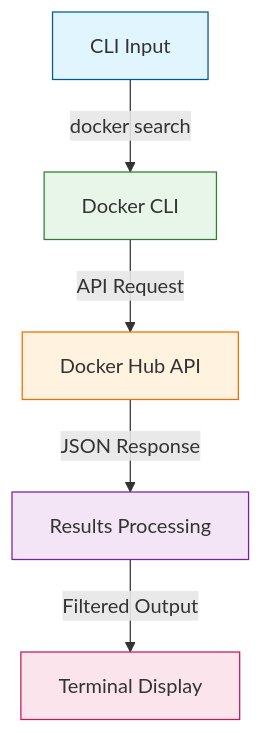
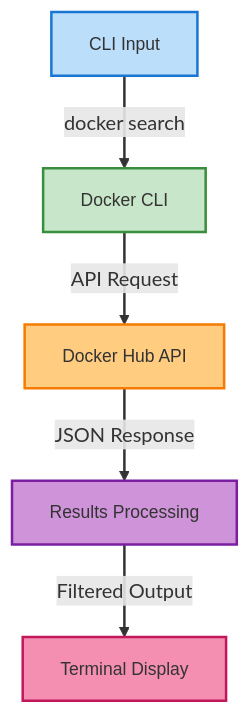
The diagram in README.md (TheToriqul/docker-search-command), drawn with Mermaid before and after one commit.

Commit message:
Architecture updated

````diff
--- a/README.md
+++ b/README.md
@@ -16,13 +16,16 @@
 ```mermaid
 graph TD
     A[CLI Input] -->|docker search| B[Docker CLI]
     B -->|API Request| C[Docker Hub API]
     C -->|JSON Response| D[Results Processing]
     D -->|Filtered Output| E[Terminal Display]
     
-    style A fill:#e1f5fe,stroke:#01579b
-    style B fill:#e8f5e9,stroke:#2e7d32
-    style C fill:#fff3e0,stroke:#ef6c00
-    style D fill:#f3e5f5,stroke:#7b1fa2
-    style E fill:#fce4ec,stroke:#c2185b
+    style A fill:#bbdefb,stroke:#1976d2,stroke-width:2px
+    style B fill:#c8e6c9,stroke:#388e3c,stroke-width:2px
+    style C fill:#ffcc80,stroke:#f57c00,stroke-width:2px
+    style D fill:#ce93d8,stroke:#7b1fa2,stroke-width:2px
+    style E fill:#f48fb1,stroke:#c2185b,stroke-width:2px
+
+    classDef default font-size:14px,font-family:arial
+    linkStyle default stroke-width:2px
 ```
````
